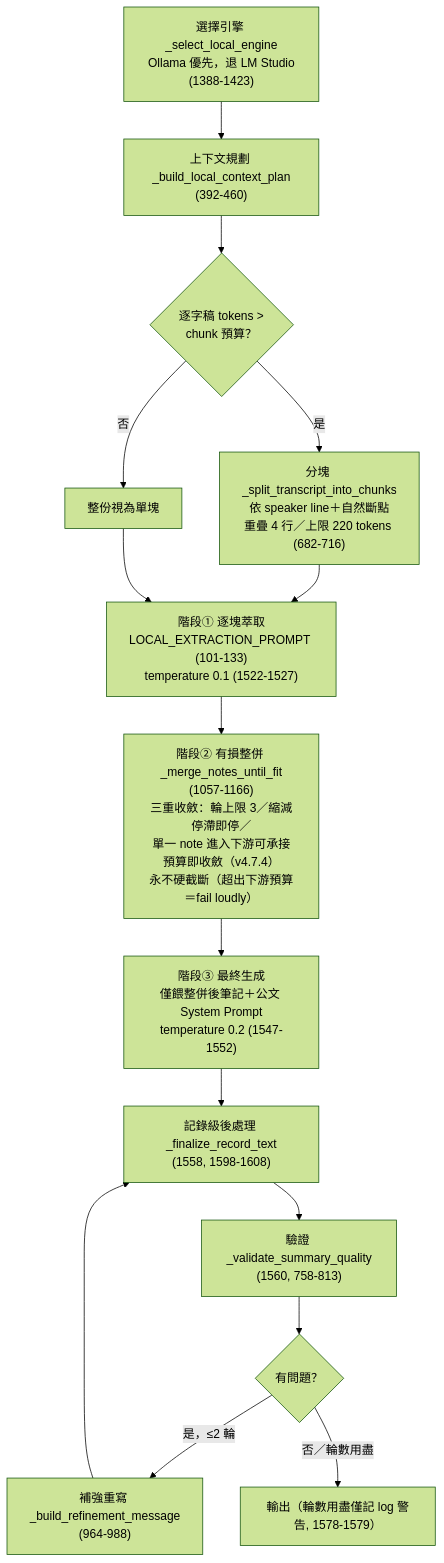
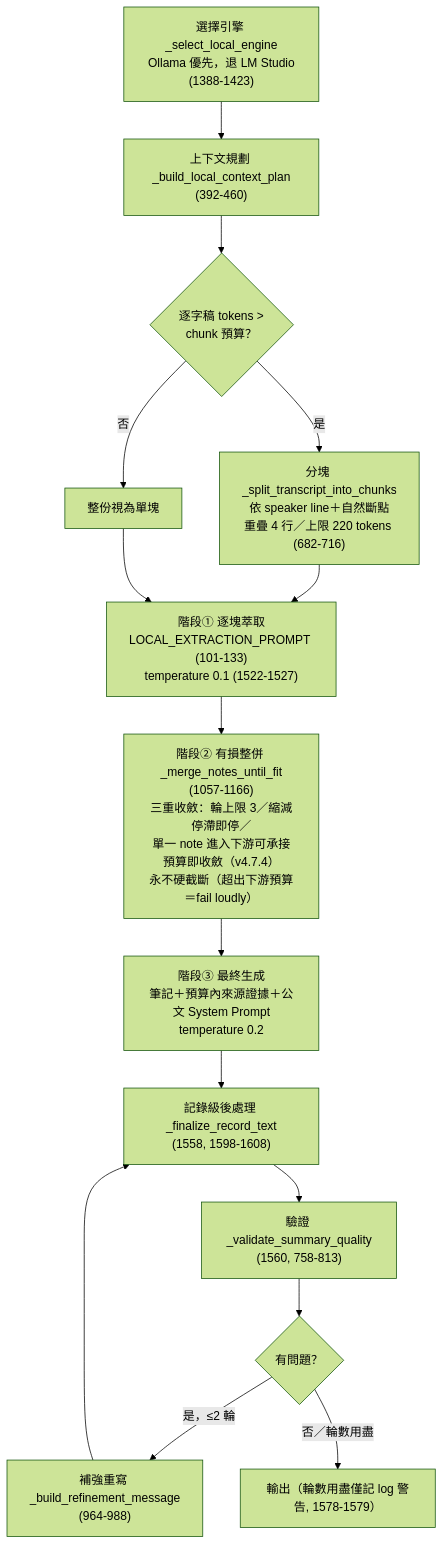
The fourth of 7 diagrams in doc/規格與設計/系統架構與程式設計書.md (s9008129/convert), drawn with Mermaid (forest theme) before and after one commit. The commit also changed other lines of this file, not shown here.

Commit message:
docs(issue18): document local source grounding

````diff
--- a/doc/規格與設計/系統架構與程式設計書.md
+++ b/doc/規格與設計/系統架構與程式設計書.md
@@ -389,17 +389,17 @@
 ```mermaid
 flowchart TD
     A["選擇引擎 _select_local_engine<br/>Ollama 優先，退 LM Studio<br/>(1388-1423)"] --> B["上下文規劃 _build_local_context_plan<br/>(392-460)"]
     B --> C{"逐字稿 tokens ><br/>chunk 預算？"}
     C -->|"是"| D["分塊 _split_transcript_into_chunks<br/>依 speaker line＋自然斷點<br/>重疊 4 行／上限 220 tokens (682-716)"]
     C -->|"否"| E["整份視為單塊"]
     D --> F["階段① 逐塊萃取<br/>LOCAL_EXTRACTION_PROMPT (101-133)<br/>temperature 0.1 (1522-1527)"]
     E --> F
     F --> G["階段② 有損整併 _merge_notes_until_fit<br/>(1057-1166)<br/>三重收斂：輪上限 3／縮減停滯即停／<br/>單一 note 進入下游可承接預算即收斂（v4.7.4）<br/>永不硬截斷（超出下游預算＝fail loudly）"]
-    G --> H["階段③ 最終生成<br/>僅餵整併後筆記＋公文 System Prompt<br/>temperature 0.2 (1547-1552)"]
+    G --> H["階段③ 最終生成<br/>筆記＋預算內來源證據＋公文 System Prompt<br/>temperature 0.2"]
     H --> I["記錄級後處理 _finalize_record_text<br/>(1558, 1598-1608)"]
     I --> J["驗證 _validate_summary_quality<br/>(1560, 758-813)"]
     J --> K{"有問題？"}
     K -->|"是，≤2 輪"| L["補強重寫 _build_refinement_message<br/>(964-988)"]
     L --> I
     K -->|"否／輪數用盡"| M["輸出（輪數用盡僅記 log 警告, 1578-1579）"]
 ```
````
